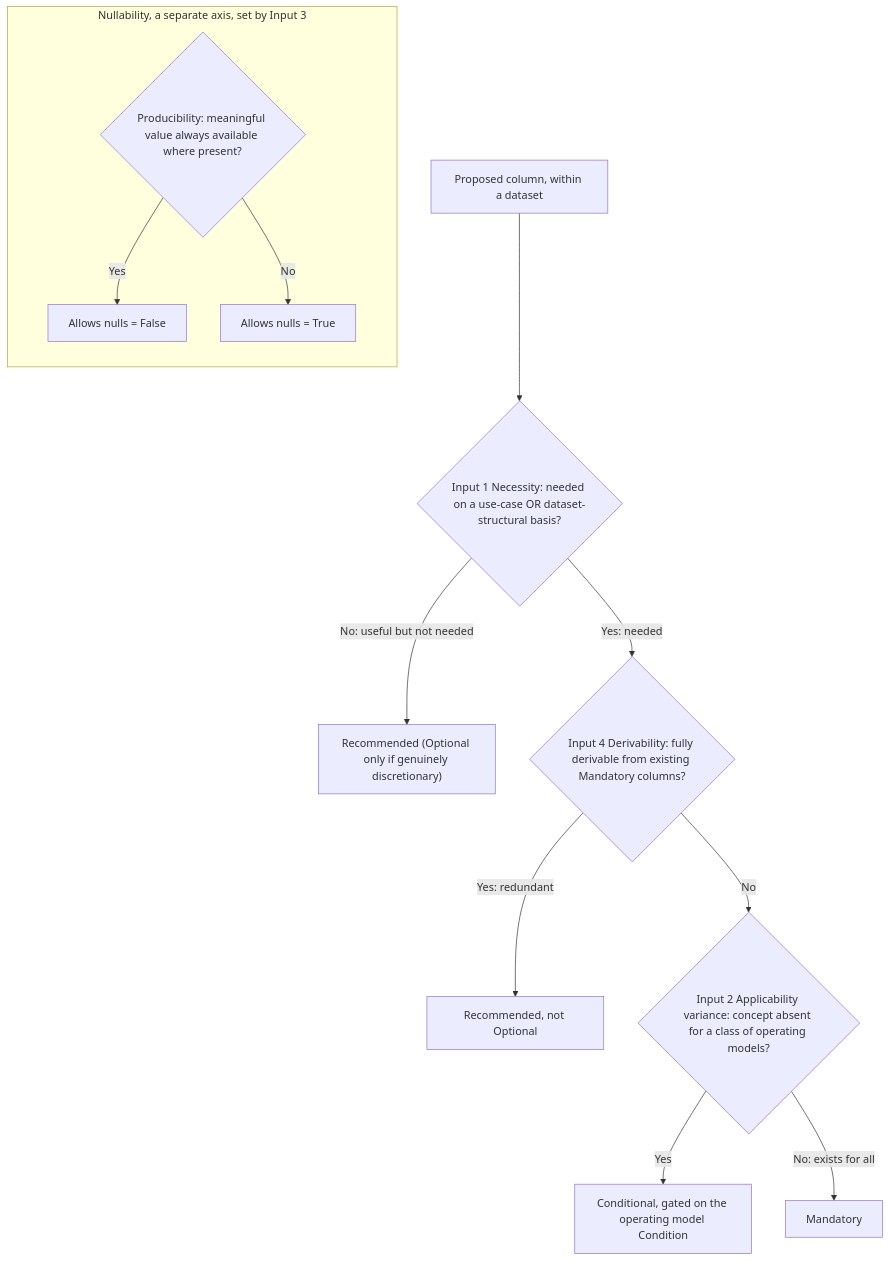
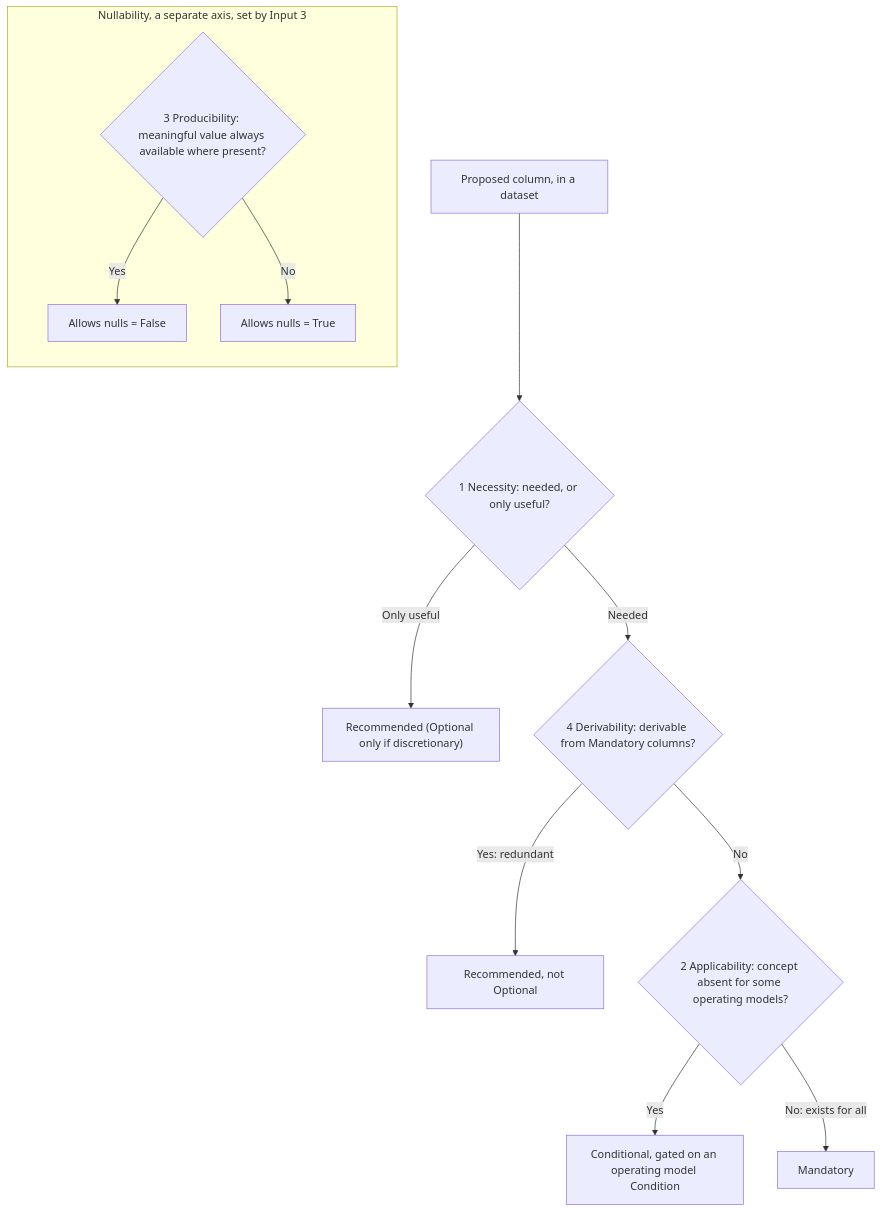
Before and after one commit to FinOps-Open-Cost-and-Usage-Spec/FOCUS_Spec: the diagram in guidelines/contributors/feature-level-rubric-guidelines.md, drawn with Mermaid. The commit also changed other lines of this file, not shown here.

````diff
--- a/guidelines/contributors/feature-level-rubric-guidelines.md
+++ b/guidelines/contributors/feature-level-rubric-guidelines.md
@@ -106,15 +82,15 @@
 ```mermaid
 flowchart TD
-    A["Proposed column, within a dataset"] --> B{"Input 1 Necessity: needed on a use-case OR dataset-structural basis?"}
-    B -->|"No: useful but not needed"| R["Recommended (Optional only if genuinely discretionary)"]
-    B -->|"Yes: needed"| D{"Input 4 Derivability: fully derivable from existing Mandatory columns?"}
+    A["Proposed column, in a dataset"] --> B{"1 Necessity: needed, or only useful?"}
+    B -->|"Only useful"| R["Recommended (Optional only if discretionary)"]
+    B -->|"Needed"| D{"4 Derivability: derivable from Mandatory columns?"}
     D -->|"Yes: redundant"| RO["Recommended, not Optional"]
-    D -->|"No"| E{"Input 2 Applicability variance: concept absent for a class of operating models?"}
-    E -->|"Yes"| CD["Conditional, gated on the operating model Condition"]
+    D -->|"No"| E{"2 Applicability: concept absent for some operating models?"}
+    E -->|"Yes"| CD["Conditional, gated on an operating model Condition"]
     E -->|"No: exists for all"| M["Mandatory"]
     subgraph NUL["Nullability, a separate axis, set by Input 3"]
         direction TB
-        P{"Producibility: meaningful value always available where present?"} -->|"Yes"| NF["Allows nulls = False"]
+        P{"3 Producibility: meaningful value always available where present?"} -->|"Yes"| NF["Allows nulls = False"]
         P -->|"No"| NT["Allows nulls = True"]
     end
 ```
````
